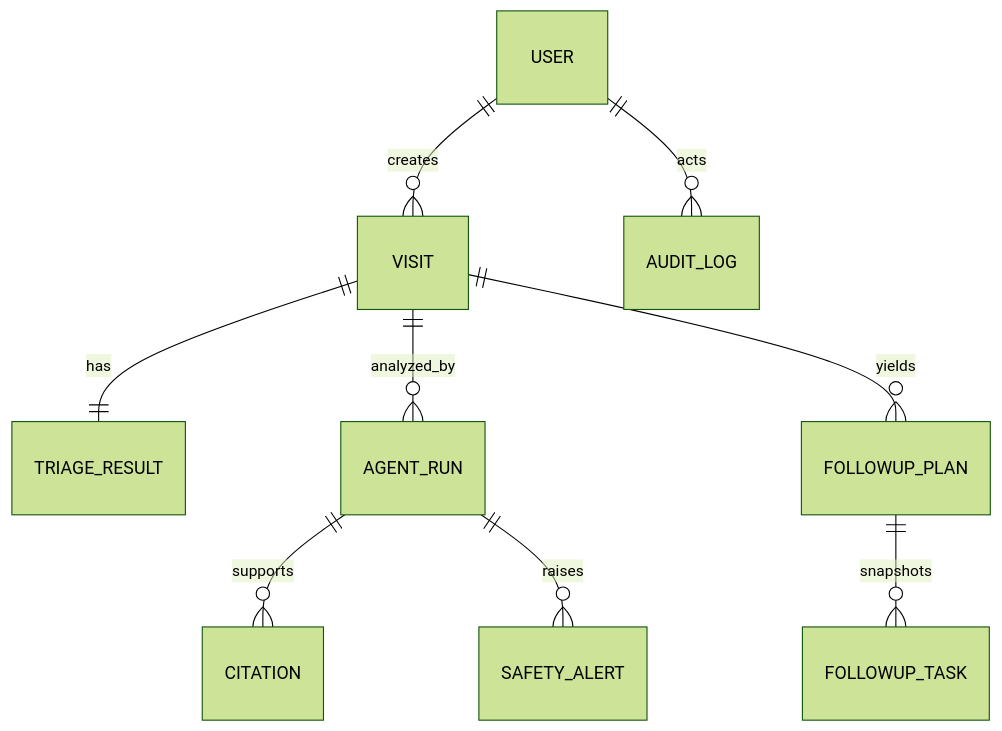
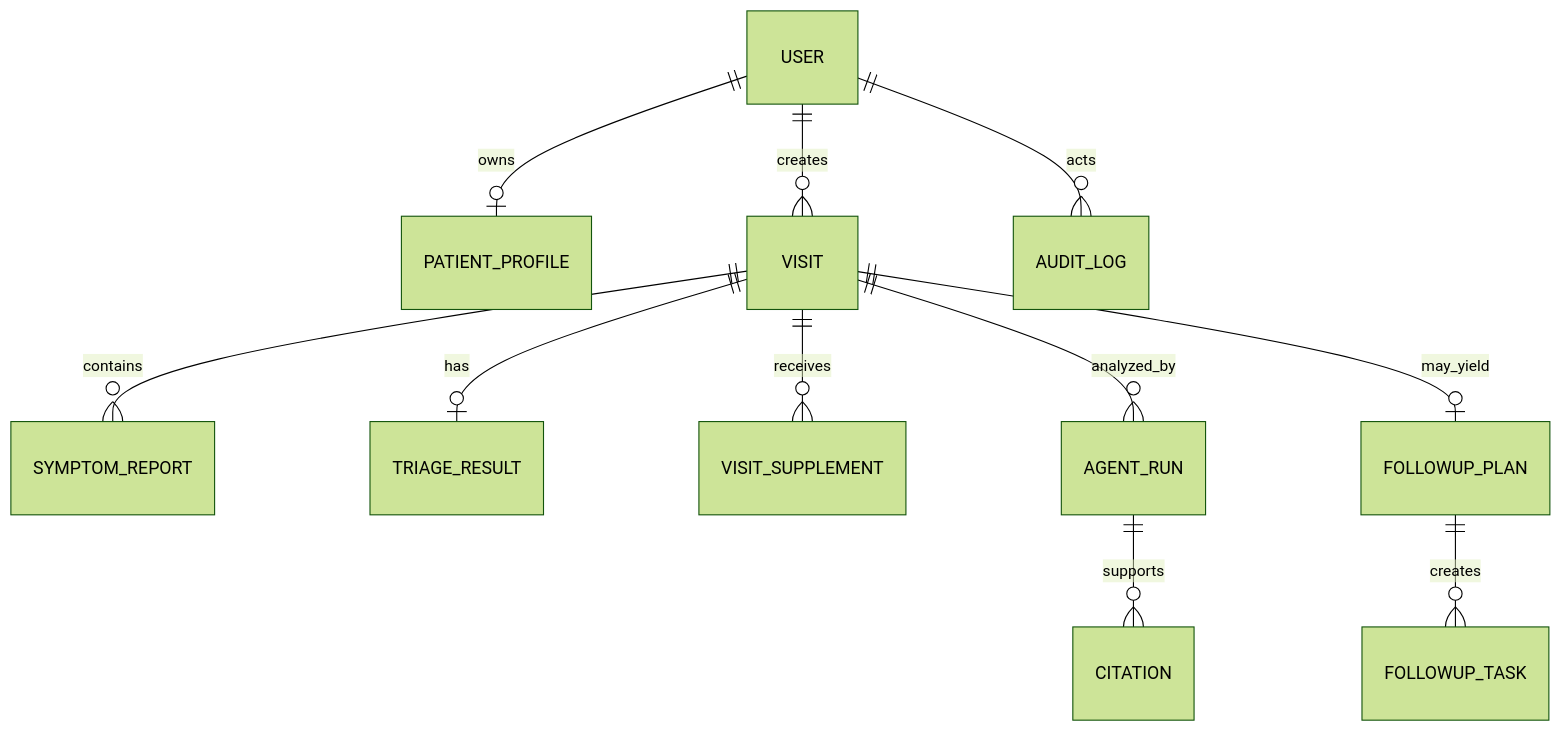
One commit to SkylerZhu016/care-guard-ai changed the diagram in docs/architecture/ERD.md. Above: the diagram before and after it, drawn with Mermaid (forest theme). The commit also changed other lines of this file and 59 other files, not shown here.

````diff
--- a/docs/architecture/ERD.md
+++ b/docs/architecture/ERD.md
@@ -3,11 +3,13 @@
 ```mermaid
 erDiagram
+  USER ||--o| PATIENT_PROFILE : owns
   USER ||--o{ VISIT : creates
-  VISIT ||--|| TRIAGE_RESULT : has
+  VISIT ||--o{ SYMPTOM_REPORT : contains
+  VISIT ||--o| TRIAGE_RESULT : has
+  VISIT ||--o{ VISIT_SUPPLEMENT : receives
   VISIT ||--o{ AGENT_RUN : analyzed_by
   AGENT_RUN ||--o{ CITATION : supports
-  VISIT ||--o{ FOLLOWUP_PLAN : yields
-  FOLLOWUP_PLAN ||--o{ FOLLOWUP_TASK : snapshots
+  VISIT ||--o| FOLLOWUP_PLAN : may_yield
+  FOLLOWUP_PLAN ||--o{ FOLLOWUP_TASK : creates
   USER ||--o{ AUDIT_LOG : acts
-  AGENT_RUN ||--o{ SAFETY_ALERT : raises
 ```
````
